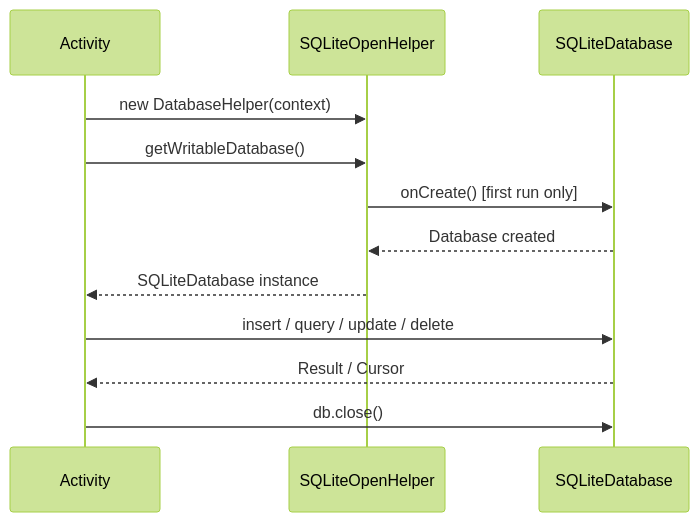
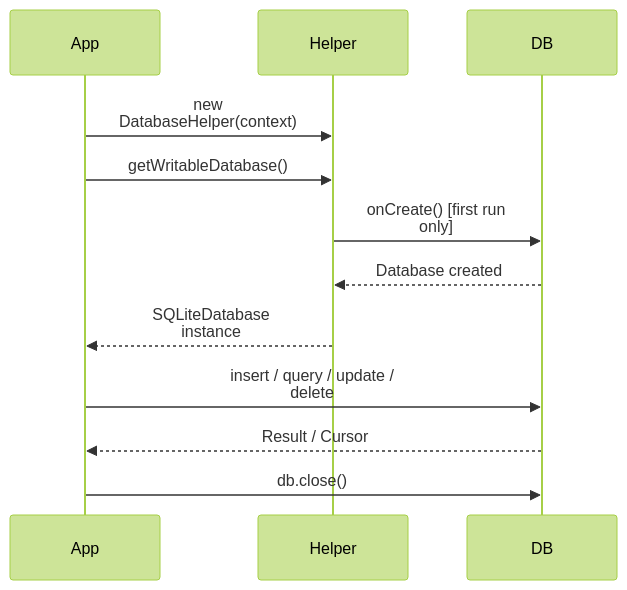
The fifth of 5 diagrams in 02-Semester-VI/CS-357-MJ-T-Android-Programming/Revision.md (amitdevx/TY), drawn with Mermaid (forest theme) before and after one commit. The commit also changed other lines of this file and 65 other files, not shown here.

Commit message:
fix:graph vertical

````diff
--- a/02-Semester-VI/CS-357-MJ-T-Android-Programming/Revision.md
+++ b/02-Semester-VI/CS-357-MJ-T-Android-Programming/Revision.md
@@ -241,15 +241,15 @@
 ```mermaid
 sequenceDiagram
-    participant App as Activity
-    participant Helper as SQLiteOpenHelper
-    participant DB as SQLiteDatabase
+    participant App
+    participant Helper
+    participant DB
 
-    App->>Helper: new DatabaseHelper(context)
+    App->>Helper: new<br/>DatabaseHelper(context)
     App->>Helper: getWritableDatabase()
-    Helper->>DB: onCreate() [first run only]
+    Helper->>DB: onCreate() [first run<br/>only]
     DB-->>Helper: Database created
-    Helper-->>App: SQLiteDatabase instance
-    App->>DB: insert / query / update / delete
+    Helper-->>App: SQLiteDatabase<br/>instance
+    App->>DB: insert / query / update /<br/>delete
     DB-->>App: Result / Cursor
     App->>DB: db.close()
 ```
````
